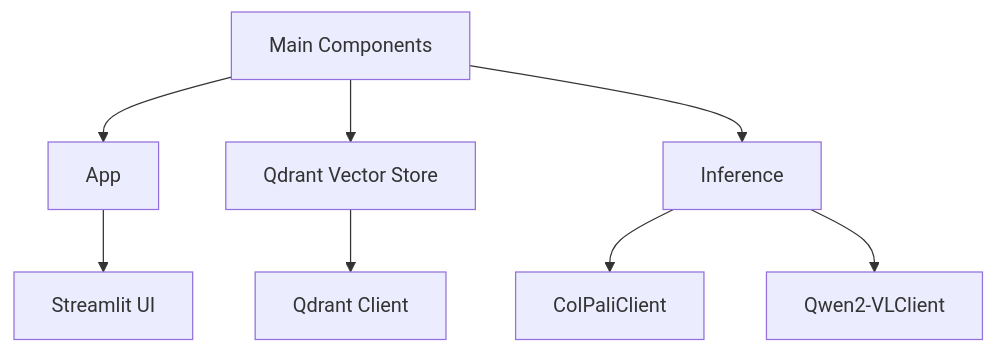
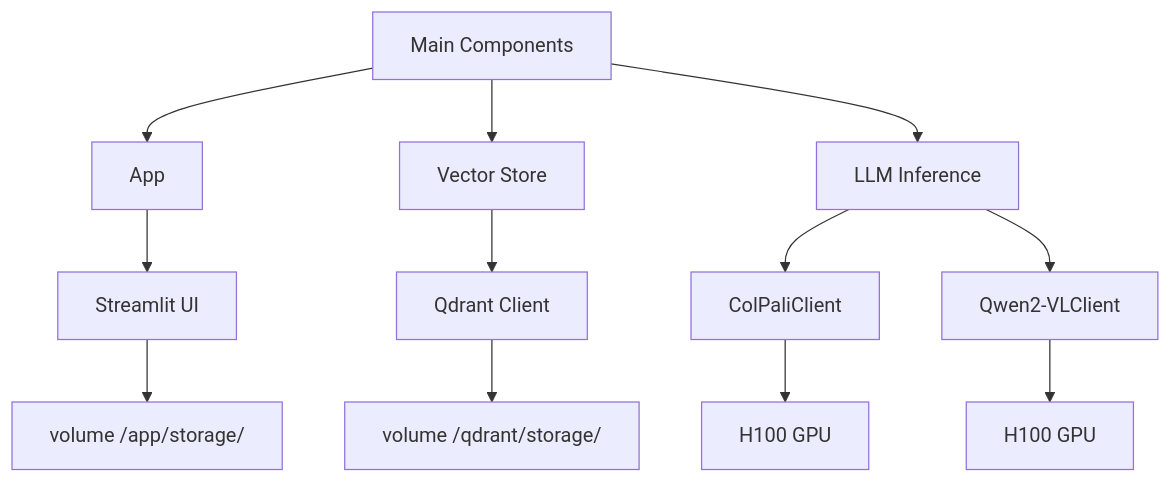
Before and after one commit to kyryl-opens-ml/smarthr-llm-workshop: the first of 3 diagrams in ai-search-demo/README.md, drawn with Mermaid. The commit also changed other lines of this file and 3 other files, not shown here.

````diff
--- a/ai-search-demo/README.md
+++ b/ai-search-demo/README.md
@@ -67,12 +71,11 @@
 ```mermaid
 graph TD;
     D[Main Components] --> E[App]
-    D --> F[Qdrant Vector Store]
-    D --> G[Inference]
+    D --> F[Vector Store]
+    D --> G[LLM Inference]
 
-    E --> L[Streamlit UI]
-    F --> M[Qdrant Client]
-    G --> N[ColPaliClient]
-    G --> Z[Qwen2-VLClient]
-
+    E --> L[Streamlit UI] --> A[volume /app/storage/] 
+    F --> M[Qdrant Client] --> B[volume /qdrant/storage/] 
+    G --> N[ColPaliClient] --> C[H100 GPU] 
+    G --> Z[Qwen2-VLClient] --> X[H100 GPU] 
 ```
````
